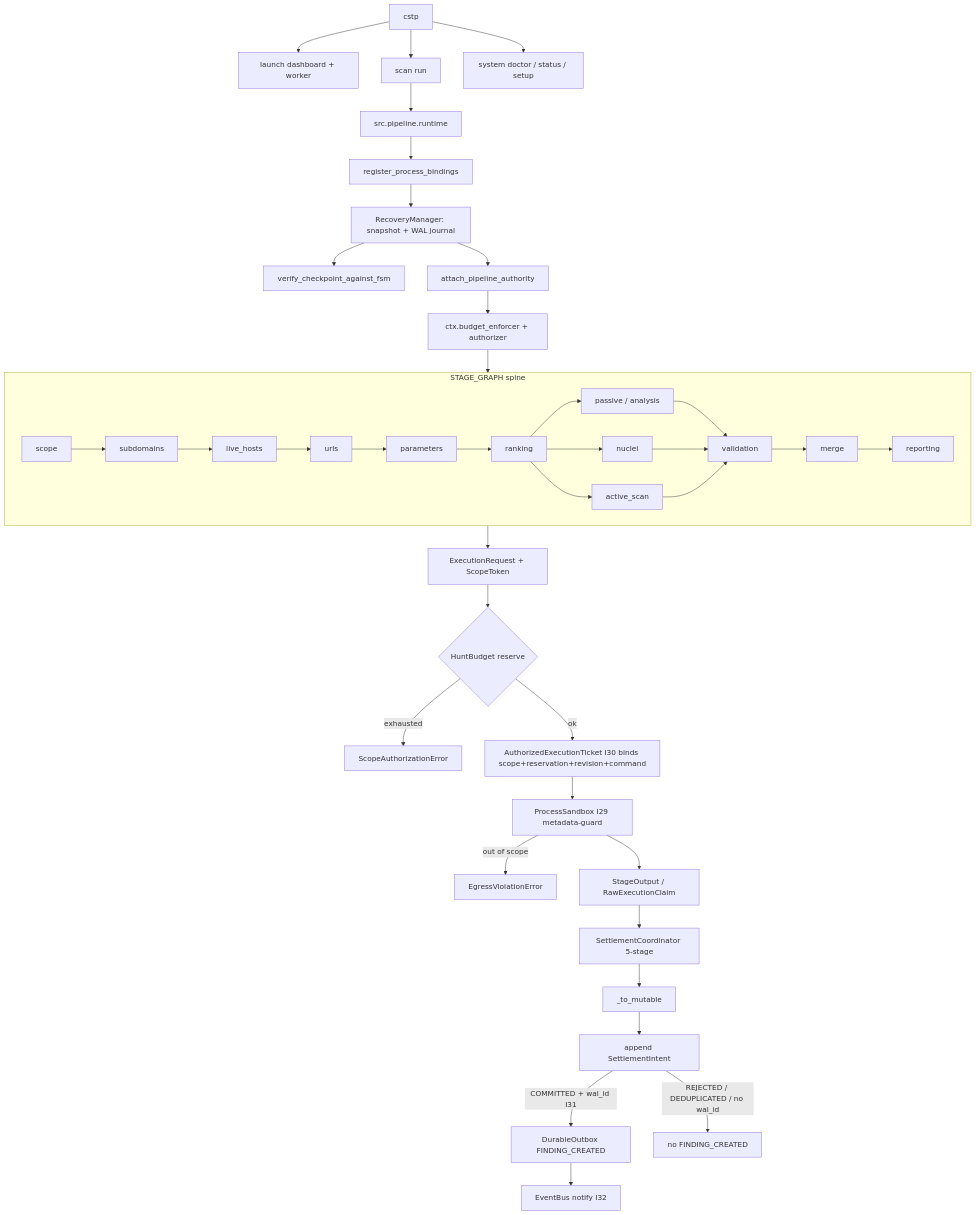
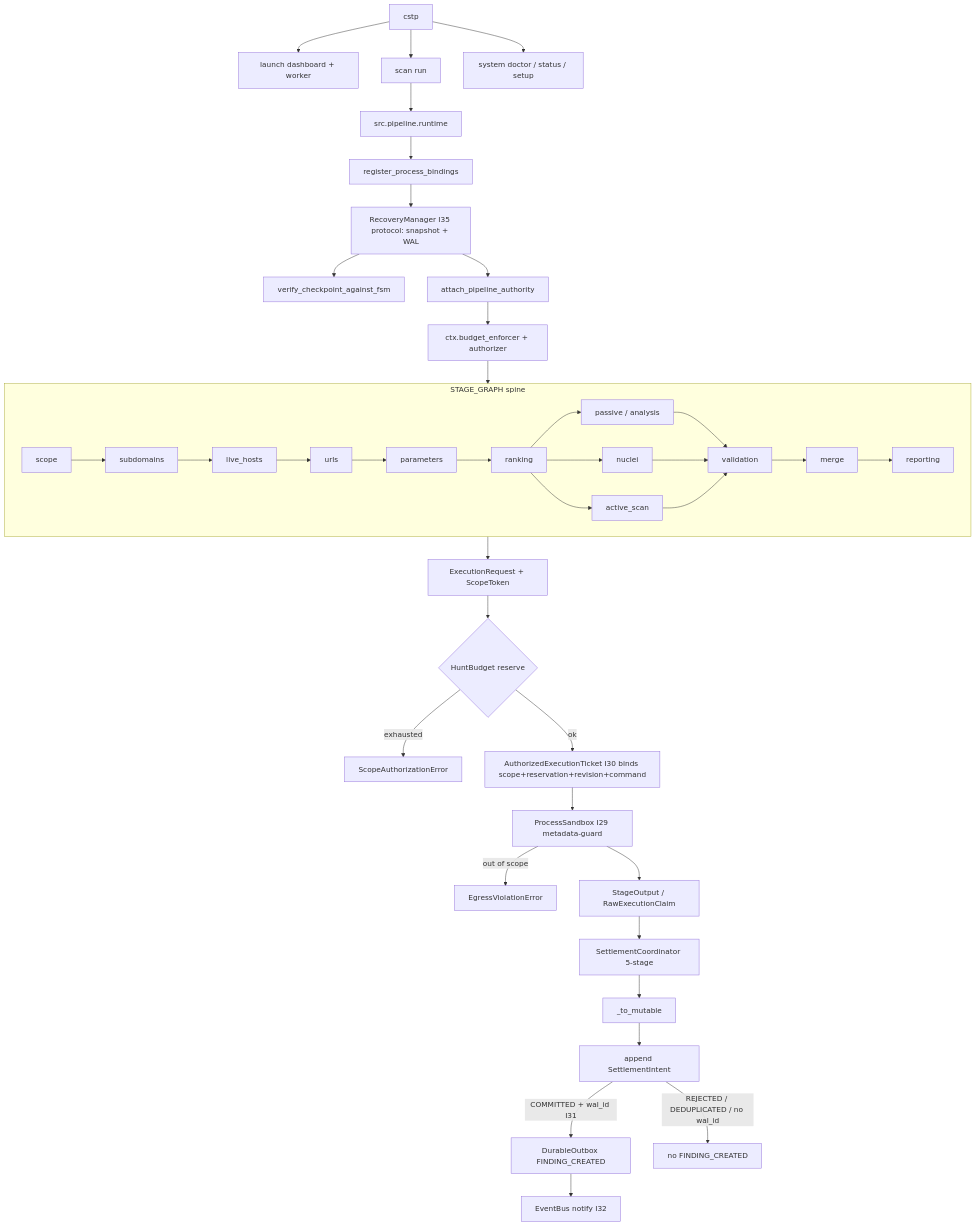
The fourth of 15 diagrams in docs/flowchart.md (AviralGup7/Singularity-Zero), drawn with Mermaid before and after one commit. The commit also changed other lines of this file and 4 other files, not shown here.

First line of the commit message:
docs: I35 recovery protocol in architecture, F-018, and failure modes

````diff
--- a/docs/flowchart.md
+++ b/docs/flowchart.md
@@ -153,41 +153,41 @@
 ```mermaid
 flowchart TD
     CSTP["cstp"] --> Launch["launch dashboard + worker"]
     CSTP --> Scan["scan run"]
     CSTP --> Sys["system doctor / status / setup"]
     Scan --> Runtime["src.pipeline.runtime"]
     Runtime --> Bind["register_process_bindings"]
-    Bind --> Recover["RecoveryManager: snapshot + WAL journal"]
+    Bind --> Recover["RecoveryManager I35 protocol: snapshot + WAL"]
     Recover --> Verify["verify_checkpoint_against_fsm"]
     Recover --> Auth["attach_pipeline_authority"]
     Auth --> Stamp["ctx.budget_enforcer + authorizer"]
     Stamp --> DAG
     subgraph DAG["STAGE_GRAPH spine"]
         Scope["scope"] --> Sub["subdomains"]
         Sub --> LiveH["live_hosts"]
         LiveH --> Urls["urls"]
         Urls --> Params["parameters"]
         Params --> Rank["ranking"]
         Rank --> Passive["passive / analysis"]
         Rank --> Nuclei["nuclei"]
         Rank --> Active["active_scan"]
         Passive --> Val["validation"]
         Nuclei --> Val
         Active --> Val
         Val --> Merge["merge"]
         Merge --> Report["reporting"]
     end
     DAG --> Req["ExecutionRequest + ScopeToken"]
     Req --> Budget{"HuntBudget reserve"}
     Budget -->|exhausted| Rej["ScopeAuthorizationError"]
     Budget -->|ok| Ticket["AuthorizedExecutionTicket I30 binds scope+reservation+revision+command"]
     Ticket --> SB["ProcessSandbox I29 metadata-guard"]
     SB -->|out of scope| Viol["EgressViolationError"]
     SB --> Out["StageOutput / RawExecutionClaim"]
     Out --> Coord["SettlementCoordinator 5-stage"]
     Coord --> Thaw["_to_mutable"]
     Thaw --> WAL["append SettlementIntent"]
     WAL -->|COMMITTED + wal_id I31| Outbox["DurableOutbox FINDING_CREATED"]
     Outbox --> Emit["EventBus notify I32"]
     WAL -->|REJECTED / DEDUPLICATED / no wal_id| Silent["no FINDING_CREATED"]
 ```
````
